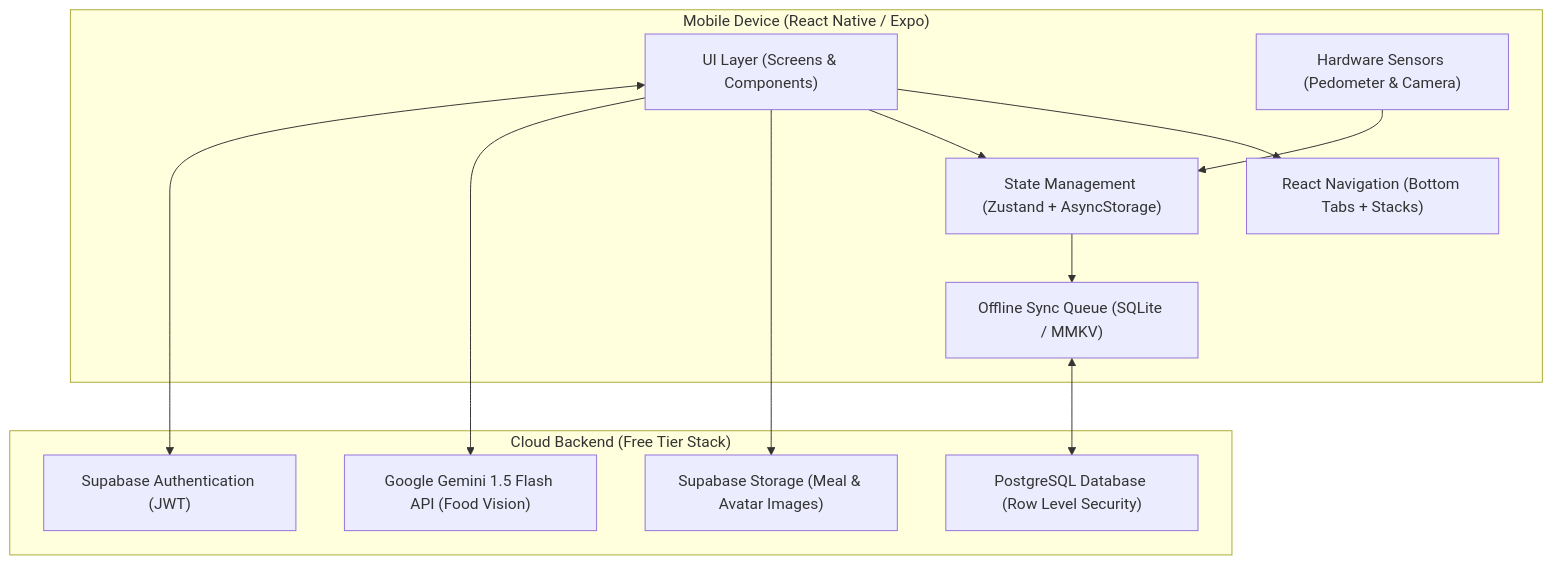
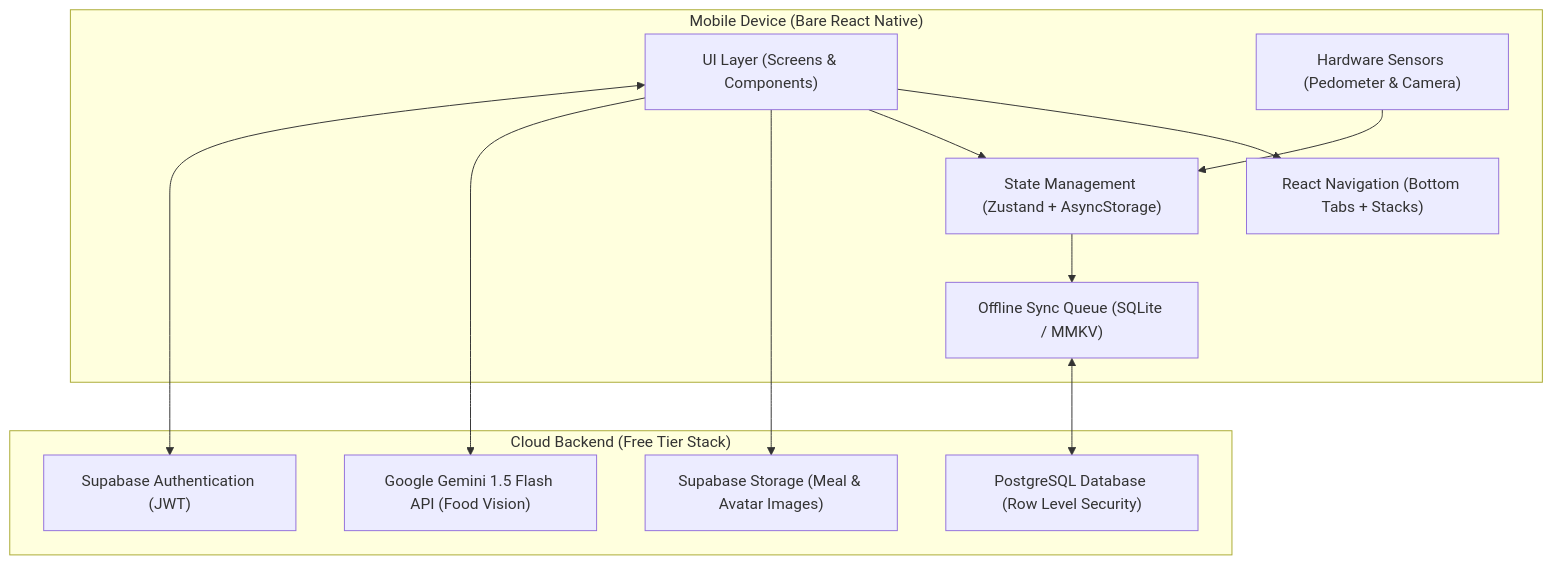
The first of 3 diagrams in docs/ARCHITECTURE.md (vjvijay23/AVFIT), drawn with Mermaid before and after one commit. The commit also changed other lines of this file and 55 other files, not shown here.

Commit message:
Fix AVFIT tracker scanner and community flows

````diff
--- a/docs/ARCHITECTURE.md
+++ b/docs/ARCHITECTURE.md
@@ -12,26 +12,26 @@
 ```mermaid
 graph TB
-    subgraph "Mobile Device (React Native / Expo)"
+    subgraph "Mobile Device (Bare React Native)"
         UI["UI Layer (Screens & Components)"]
         Nav["React Navigation (Bottom Tabs + Stacks)"]
         State["State Management (Zustand + AsyncStorage)"]
         Sensors["Hardware Sensors (Pedometer & Camera)"]
         OfflineQueue["Offline Sync Queue (SQLite / MMKV)"]
     end
 
     subgraph "Cloud Backend (Free Tier Stack)"
         SupaAuth["Supabase Authentication (JWT)"]
         SupaDB["PostgreSQL Database (Row Level Security)"]
         SupaStore["Supabase Storage (Meal & Avatar Images)"]
         Gemini["Google Gemini 1.5 Flash API (Food Vision)"]
     end
 
     UI --> Nav
     UI --> State
     Sensors --> State
     State --> OfflineQueue
     OfflineQueue <--> SupaDB
     UI --> SupaStore
     UI --> Gemini
     UI <--> SupaAuth
 ```
````
